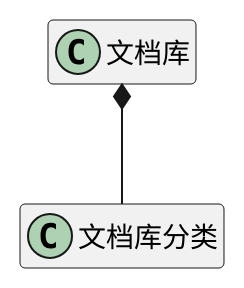
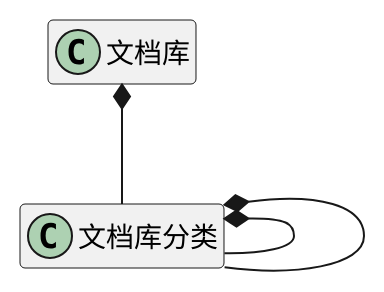
Before and after one commit to zj335841911/nt_chandao: the diagram in ibizpms-docs/src/main/doc/v1/module/ibiz/DocLibModule_old.md, drawn with PlantUML. The commit also changed other lines of this file and 14 other files, not shown here.

```diff
--- a/ibizpms-docs/src/main/doc/v1/module/ibiz/DocLibModule_old.md
+++ b/ibizpms-docs/src/main/doc/v1/module/ibiz/DocLibModule_old.md
@@ -6,4 +6,6 @@
 {% plantuml %}
+文档库分类 *-- 文档库分类 
+文档库分类 *-- 文档库分类 
 文档库 *-- 文档库分类 
 hide members
 {% endplantuml %}
```
